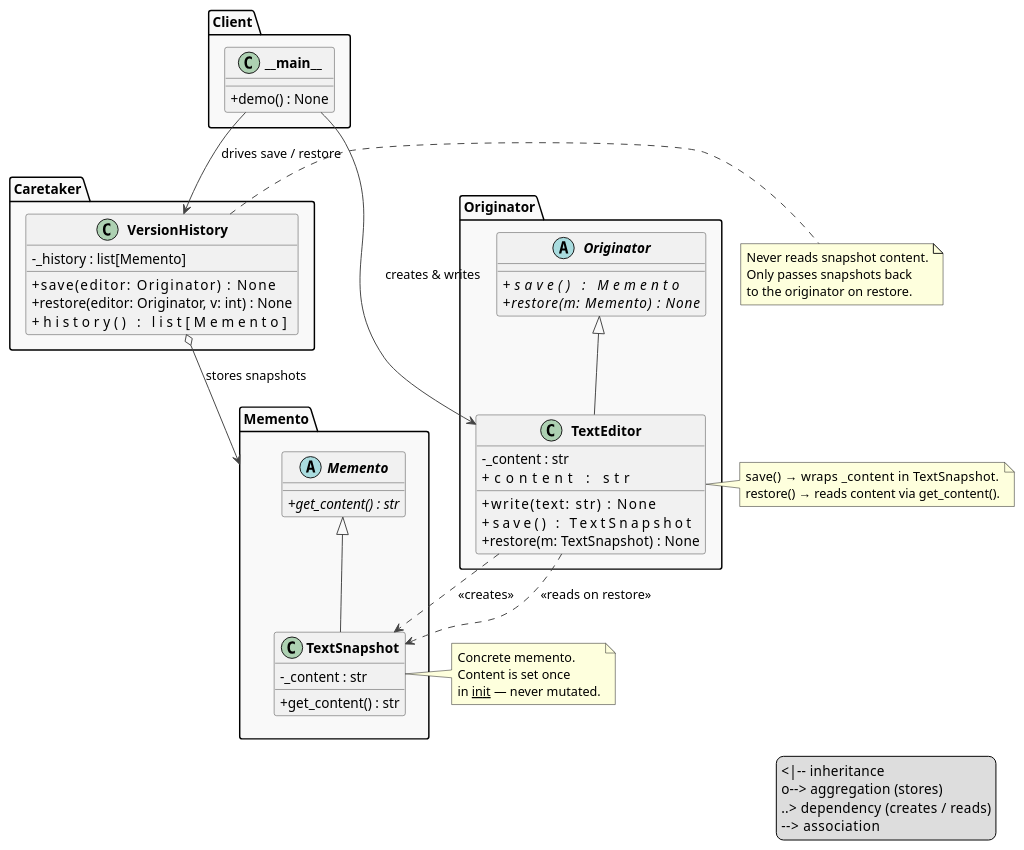
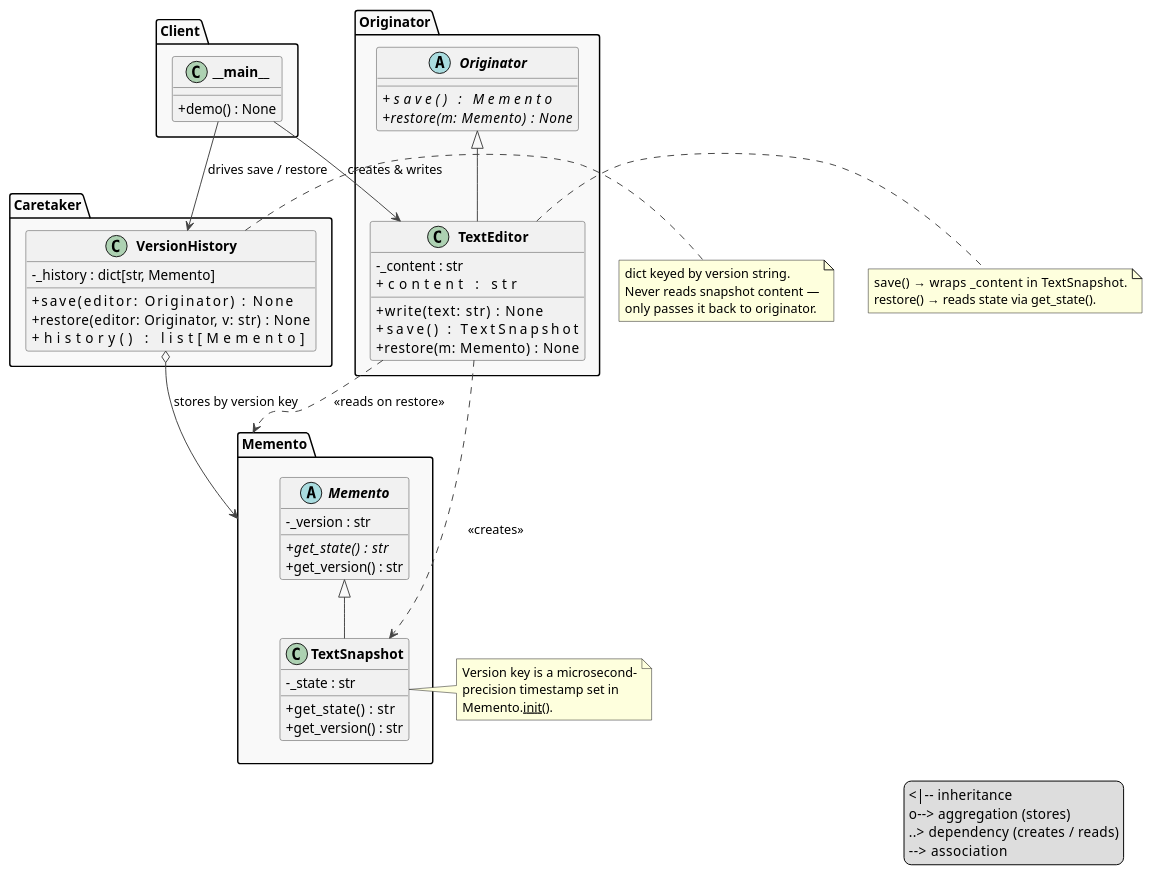
The diagram in behavioral/memento/uml/memento_schema.puml (olegf2a/gof), drawn with PlantUML before and after one commit. The commit also changed 10 other files, not shown here.

```diff
--- a/behavioral/memento/uml/memento_schema.puml
+++ b/behavioral/memento/uml/memento_schema.puml
@@ -1,84 +1,87 @@
 @startuml memento_schema
 
 skinparam classAttributeIconSize 0
 skinparam classFontStyle bold
 skinparam ArrowColor #444444
 skinparam ClassBorderColor #444444
 skinparam PackageBackgroundColor #f9f9f9
 
 package "Client" {
   class "__main__" as Main {
     + demo() : None
   }
 }
 
 package "Memento" {
   abstract class Memento {
-    + get_content() : str  {abstract}
+    - _version : str
+    + get_state()   : str  {abstract}
+    + get_version() : str
   }
 
   class TextSnapshot {
-    - _content : str
-    + get_content() : str
+    - _state : str
+    + get_state()   : str
+    + get_version() : str
   }
 
   Memento <|-- TextSnapshot
 }
 
 package "Originator" {
   abstract class Originator {
-    + save()                    : Memento  {abstract}
-    + restore(m: Memento)       : None     {abstract}
+    + save()                  : Memento  {abstract}
+    + restore(m: Memento)     : None     {abstract}
   }
 
   class TextEditor {
     - _content : str
-    + content                   : str
-    + write(text: str)          : None
-    + save()                    : TextSnapshot
-    + restore(m: TextSnapshot)  : None
+    + content                 : str
+    + write(text: str)        : None
+    + save()                  : TextSnapshot
+    + restore(m: Memento)     : None
   }
 
   Originator <|-- TextEditor
 }
 
 package "Caretaker" {
   class VersionHistory {
-    - _history : list[Memento]
-    + save(editor: Originator)             : None
-    + restore(editor: Originator, v: int)  : None
-    + history()                            : list[Memento]
+    - _history : dict[str, Memento]
+    + save(editor: Originator)                  : None
+    + restore(editor: Originator, v: str)       : None
+    + history()                                 : list[Memento]
   }
 }
 
 Main               -->  TextEditor      : creates & writes
 Main               -->  VersionHistory  : drives save / restore
-VersionHistory     o--> Memento         : stores snapshots
+VersionHistory     o--> Memento         : stores by version key
 TextEditor         ..>  TextSnapshot    : <<creates>>
-TextEditor         ..>  TextSnapshot    : <<reads on restore>>
+TextEditor         ..>  Memento         : <<reads on restore>>
 
 note right of TextSnapshot
-  Concrete memento.
-  Content is set once
-  in __init__ — never mutated.
+  Version key is a microsecond-
+  precision timestamp set in
+  Memento.__init__().
 end note
 
 note right of VersionHistory
-  Never reads snapshot content.
-  Only passes snapshots back
-  to the originator on restore.
+  dict keyed by version string.
+  Never reads snapshot content —
+  only passes it back to originator.
 end note
 
 note right of TextEditor
   save()    → wraps _content in TextSnapshot.
-  restore() → reads content via get_content().
+  restore() → reads state via get_state().
 end note
 
 legend right
   <|--  inheritance
   o-->  aggregation (stores)
   ..>   dependency (creates / reads)
   -->   association
 end legend
 
 @enduml
```
